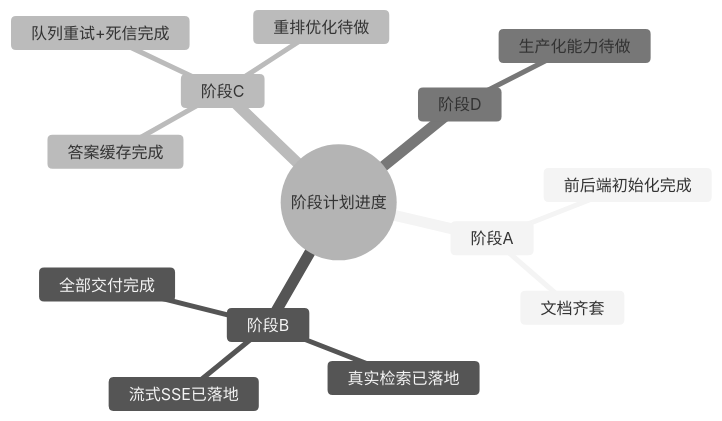
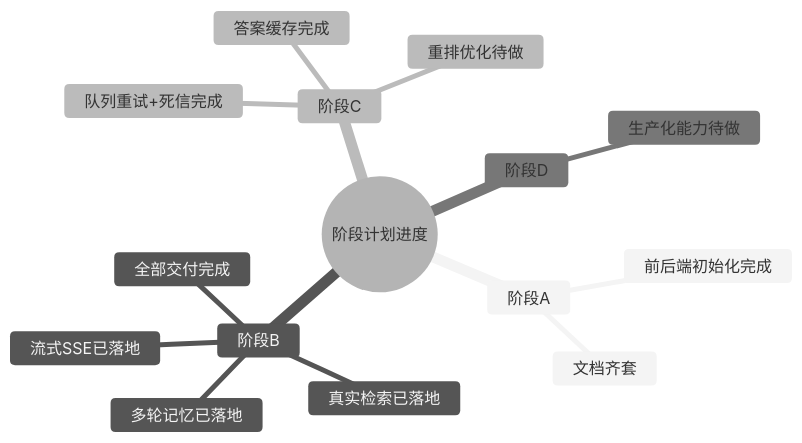
One commit to ley-Ning/rag-demo changed the diagram in docs/roadmap/阶段计划.md. Above: the diagram before and after it, drawn with Mermaid (neutral theme). The commit also changed other lines of this file and 6 other files, not shown here.

````diff
--- a/docs/roadmap/阶段计划.md
+++ b/docs/roadmap/阶段计划.md
@@ -68,17 +69,18 @@
 ```mermaid
 mindmap
   root((阶段计划进度))
     阶段A
       前后端初始化完成
       文档齐套
     阶段B
       全部交付完成
       真实检索已落地
       流式SSE已落地
+      多轮记忆已落地
     阶段C
       队列重试+死信完成
       答案缓存完成
       重排优化待做
     阶段D
       生产化能力待做
 ```
````
